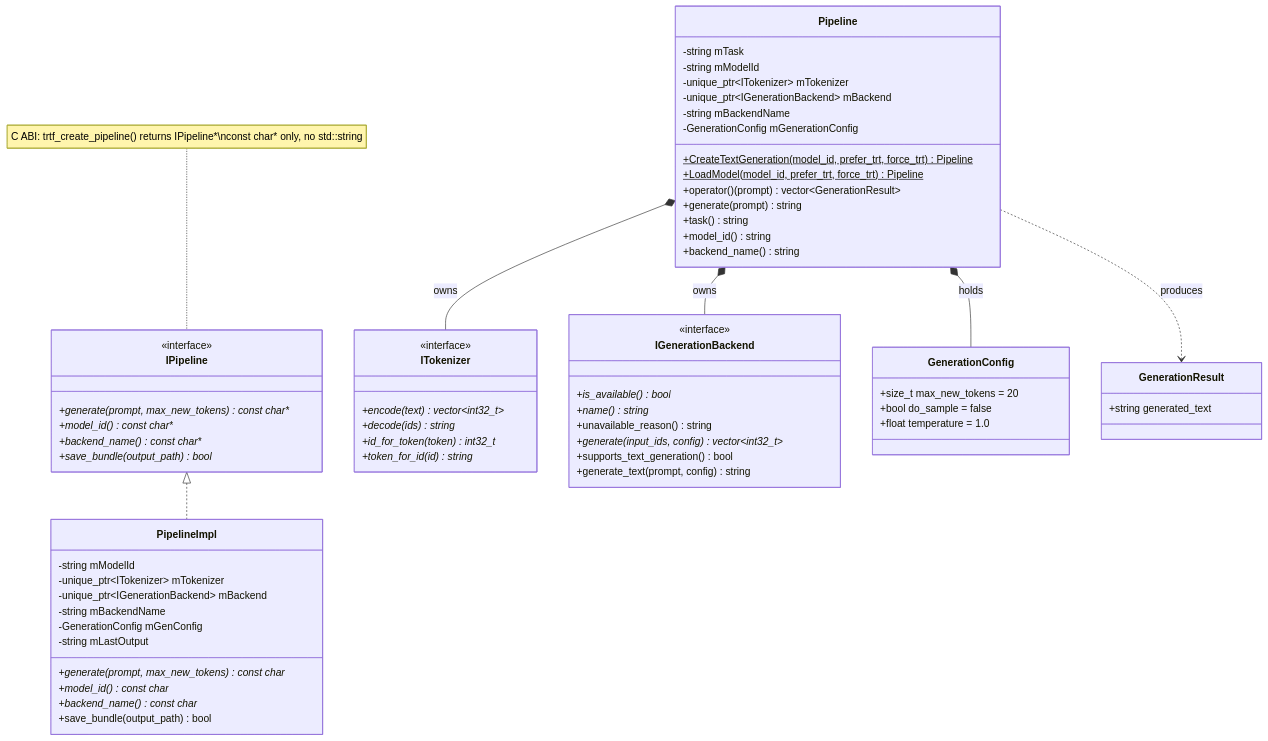
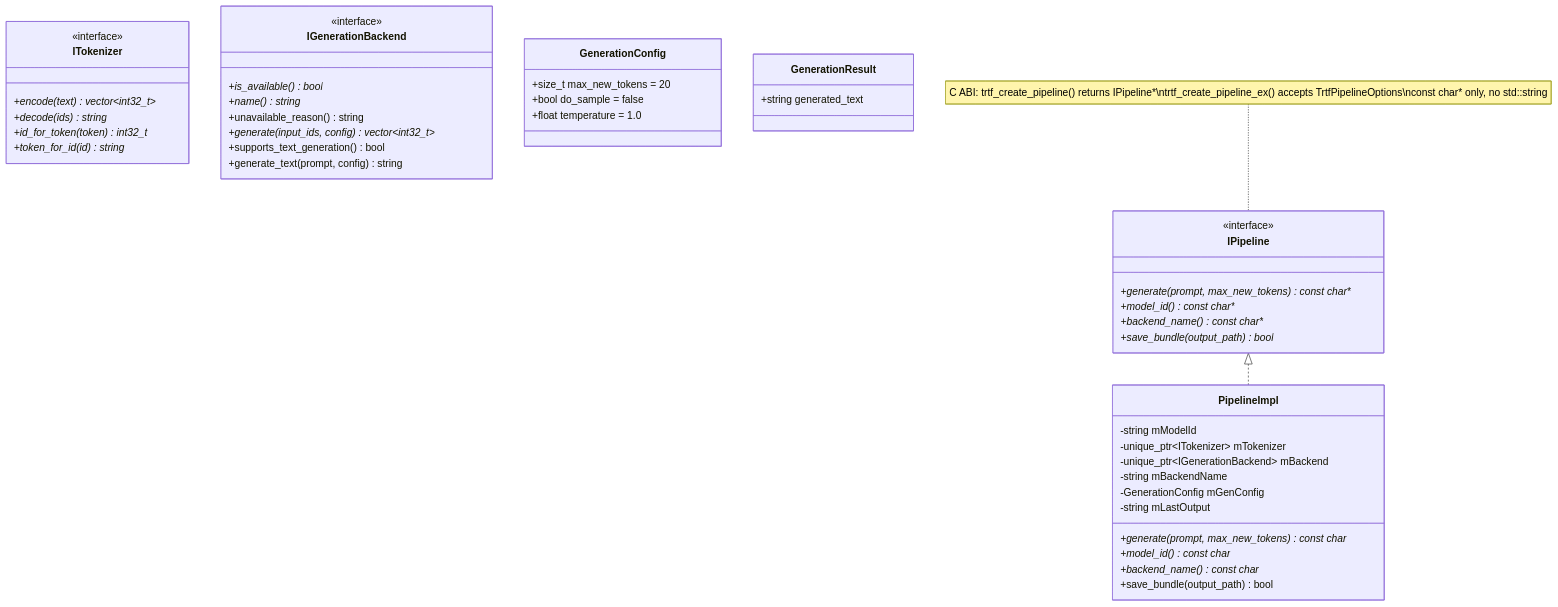
The first of 8 diagrams in docs/wiki/Static-Design.md (AbishekCoder1/TensorRT-Model-Connect), drawn with Mermaid before and after one commit. The commit also changed other lines of this file and 76 other files, not shown here.

````diff
--- a/docs/wiki/Static-Design.md
+++ b/docs/wiki/Static-Design.md
@@ -23,76 +23,56 @@
 ```mermaid
 classDiagram
     class IPipeline {
         <<interface>>
         +generate(prompt, max_new_tokens)* const char*
         +model_id()* const char*
         +backend_name()* const char*
         +save_bundle(output_path)* bool
     }
 
     class PipelineImpl {
         -string mModelId
         -unique_ptr~ITokenizer~ mTokenizer
         -unique_ptr~IGenerationBackend~ mBackend
         -string mBackendName
         -GenerationConfig mGenConfig
         -string mLastOutput
         +generate(prompt, max_new_tokens) const char*
         +model_id() const char*
         +backend_name() const char*
         +save_bundle(output_path) bool
     }
 
-    class Pipeline {
-        -string mTask
-        -string mModelId
-        -unique_ptr~ITokenizer~ mTokenizer
-        -unique_ptr~IGenerationBackend~ mBackend
-        -string mBackendName
-        -GenerationConfig mGenerationConfig
-        +CreateTextGeneration(model_id, prefer_trt, force_trt)$ Pipeline
-        +LoadModel(model_id, prefer_trt, force_trt)$ Pipeline
-        +operator()(prompt) vector~GenerationResult~
-        +generate(prompt) string
-        +task() string
-        +model_id() string
-        +backend_name() string
-    }
-
     IPipeline <|.. PipelineImpl
 
-    note for IPipeline "C ABI: trtf_create_pipeline() returns IPipeline*\nconst char* only, no std::string"
+    note for IPipeline "C ABI: trtf_create_pipeline() returns IPipeline*\ntrtf_create_pipeline_ex() accepts TrtfPipelineOptions\nconst char* only, no std::string"
 
     class ITokenizer {
         <<interface>>
         +encode(text)* vector~int32_t~
         +decode(ids)* string
         +id_for_token(token)* int32_t
         +token_for_id(id)* string
     }
 
     class IGenerationBackend {
         <<interface>>
         +is_available()* bool
         +name()* string
         +unavailable_reason() string
         +generate(input_ids, config)* vector~int32_t~
         +supports_text_generation() bool
         +generate_text(prompt, config) string
     }
 
     class GenerationConfig {
         +size_t max_new_tokens = 20
         +bool do_sample = false
         +float temperature = 1.0
     }
 
     class GenerationResult {
         +string generated_text
     }
 
-    Pipeline *-- ITokenizer : owns
-    Pipeline *-- IGenerationBackend : owns
-    Pipeline *-- GenerationConfig : holds
-    Pipeline ..> GenerationResult : produces
 ```
````
